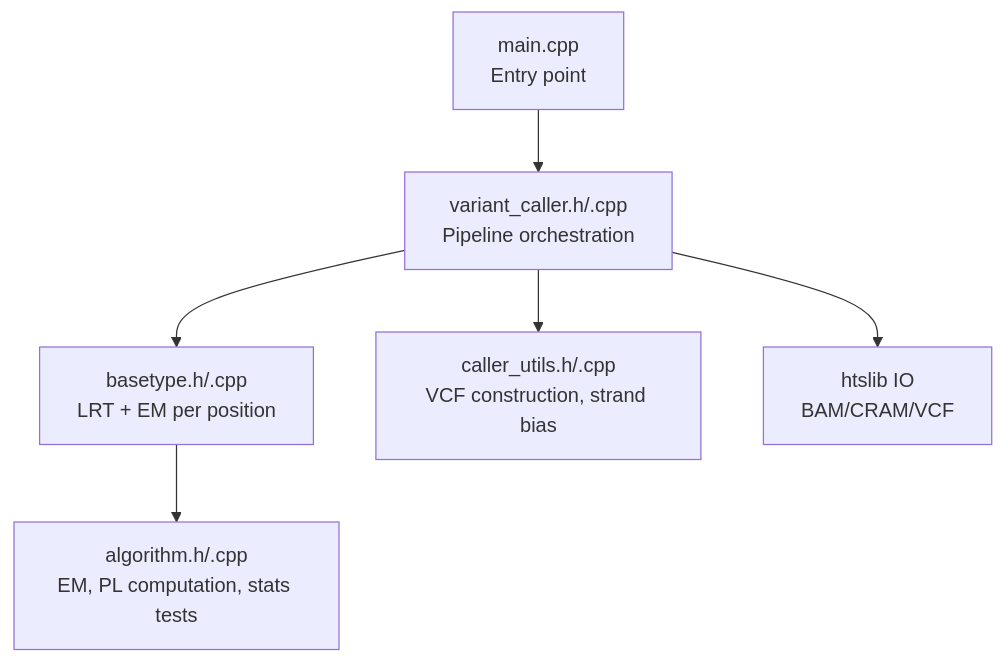
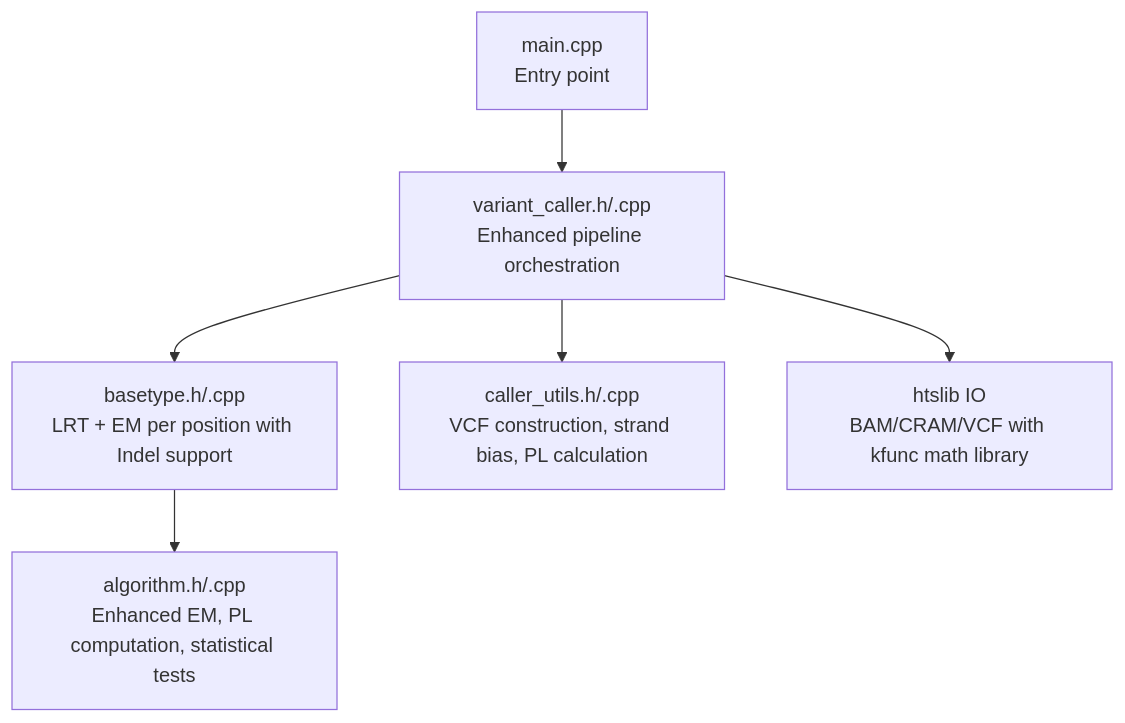
One commit to ShujiaHuang/BaseVar2 changed the first of 8 diagrams in .qoder/repowiki/en/content/Core Algorithm Architecture/Core Algorithm Architecture.md. Above: the diagram before and after it, drawn with Mermaid. The commit also changed other lines of this file and 6 other files, not shown here.

````diff
--- a/.qoder/repowiki/en/content/Core Algorithm Architecture/Core Algorithm Architecture.md
+++ b/.qoder/repowiki/en/content/Core Algorithm Architecture/Core Algorithm Architecture.md
@@ -43,8 +49,8 @@
 ```mermaid
 graph TB
-A["main.cpp<br/>Entry point"] --> B["variant_caller.h/.cpp<br/>Pipeline orchestration"]
-B --> C["basetype.h/.cpp<br/>LRT + EM per position"]
-B --> D["caller_utils.h/.cpp<br/>VCF construction, strand bias"]
-C --> E["algorithm.h/.cpp<br/>EM, PL computation, stats tests"]
-B --> F["htslib IO<br/>BAM/CRAM/VCF"]
+A["main.cpp<br/>Entry point"] --> B["variant_caller.h/.cpp<br/>Enhanced pipeline orchestration"]
+B --> C["basetype.h/.cpp<br/>LRT + EM per position with Indel support"]
+B --> D["caller_utils.h/.cpp<br/>VCF construction, strand bias, PL calculation"]
+C --> E["algorithm.h/.cpp<br/>Enhanced EM, PL computation, statistical tests"]
+B --> F["htslib IO<br/>BAM/CRAM/VCF with kfunc math library"]
 ```
````
